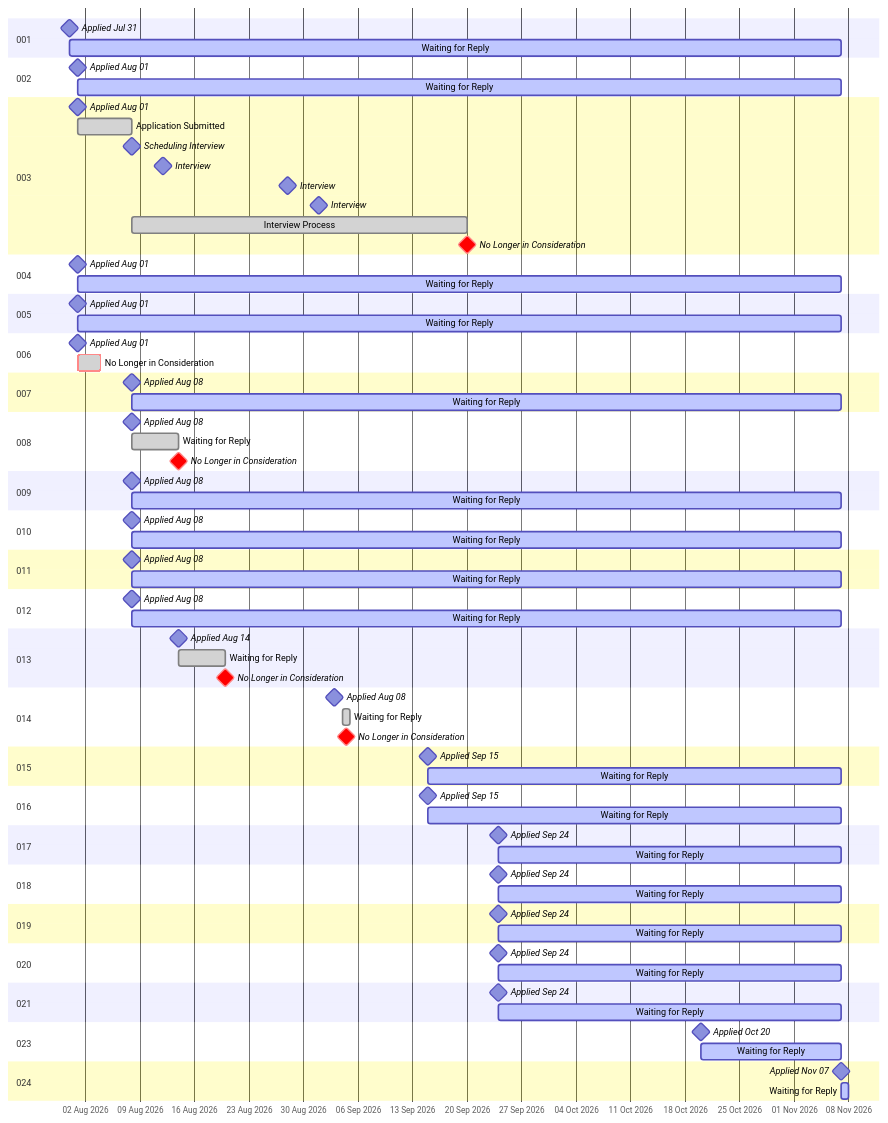
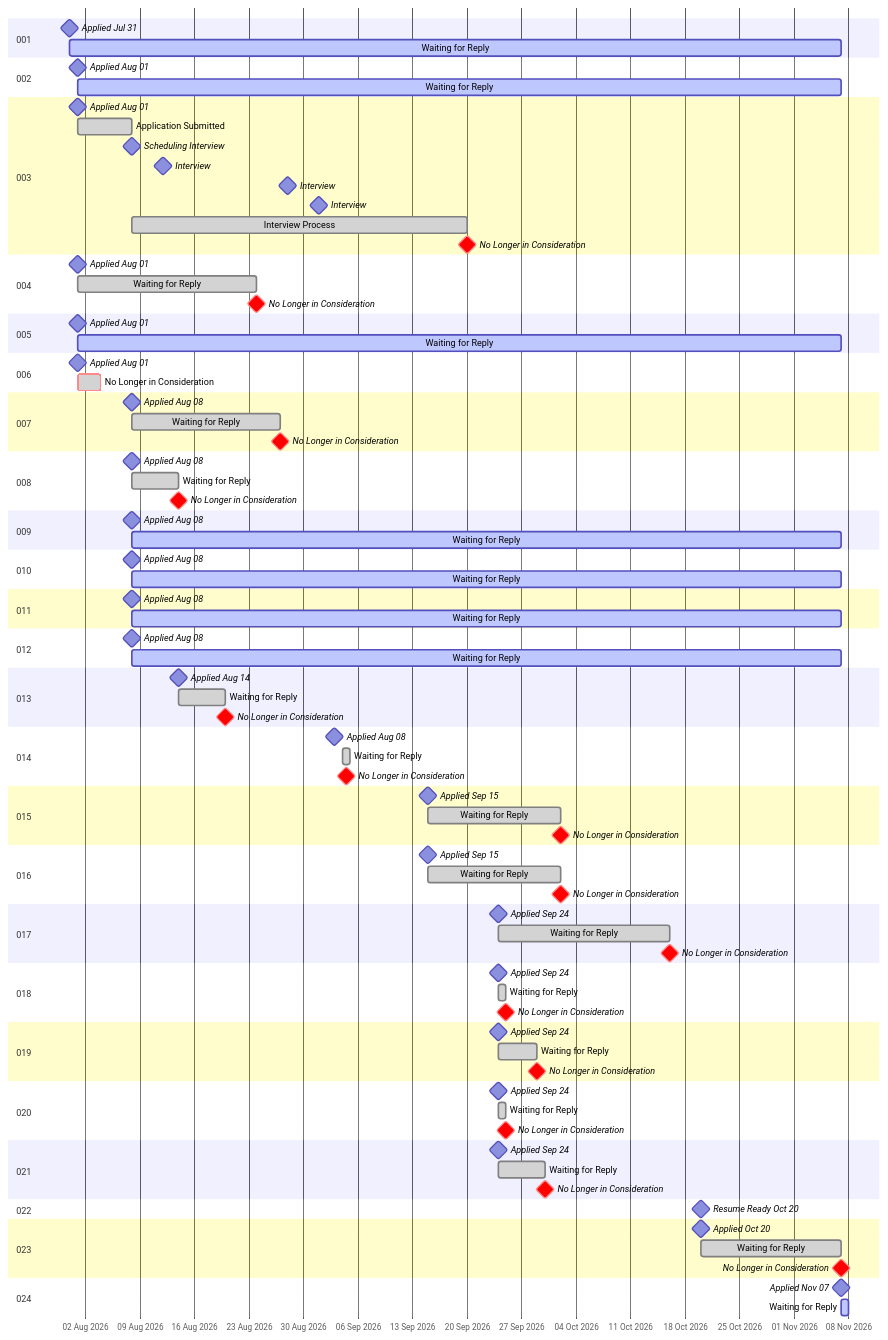
The diagram in README.md (RileyBeenders/rileybeenders.com), drawn with Mermaid before and after one commit. The commit also changed other lines of this file and 16 other files, not shown here.

```diff
--- a/README.md
+++ b/README.md
@@ -34,7 +34,8 @@
 
     section 004
     Applied Aug 01                  :milestone, 2026-08-01, 0d
-    Waiting for Reply               :active, 2026-08-01, 98d
+    Waiting for Reply               :done, 2026-08-01, 23d
+    No Longer in Consideration      :crit, milestone, 2026-08-24, 0d
 
     section 005
     Applied Aug 01                  :milestone, 2026-08-01, 0d
@@ -46,7 +47,8 @@
 
     section 007
     Applied Aug 08                  :milestone, 2026-08-08, 0d
-    Waiting for Reply               :active, 2026-08-08, 91d
+    Waiting for Reply               :done, 2026-08-08, 19d
+    No Longer in Consideration      :crit, milestone, 2026-08-27, 0d
 
     section 008
     Applied Aug 08                  :milestone, 2026-08-08, 0d
@@ -81,35 +83,46 @@
 
     section 015
     Applied Sep 15                  :milestone, 2026-09-15, 0d
-    Waiting for Reply               :active, 2026-09-15, 53d
+    Waiting for Reply               :done, 2026-09-15, 17d
+    No Longer in Consideration      :crit, milestone, 2026-10-02, 0d
 
     section 016
     Applied Sep 15                  :milestone, 2026-09-15, 0d
-    Waiting for Reply               :active, 2026-09-15, 53d
+    Waiting for Reply               :done, 2026-09-15, 17d
+    No Longer in Consideration      :crit, milestone, 2026-10-02, 0d
 
     section 017
     Applied Sep 24                  :milestone, 2026-09-24, 0d
-    Waiting for Reply               :active, 2026-09-24, 44d
+    Waiting for Reply               :done, 2026-09-24, 22d
+    No Longer in Consideration      :crit, milestone, 2026-10-16, 0d
 
     section 018
     Applied Sep 24                  :milestone, 2026-09-24, 0d
-    Waiting for Reply               :active, 2026-09-24, 44d
+    Waiting for Reply               :done, 2026-09-24, 1d
+    No Longer in Consideration      :crit, milestone, 2026-09-25, 0d
 
     section 019
     Applied Sep 24                  :milestone, 2026-09-24, 0d
-    Waiting for Reply               :active, 2026-09-24, 44d
+    Waiting for Reply               :done, 2026-09-24, 5d
+    No Longer in Consideration      :crit, milestone, 2026-09-29, 0d
 
     section 020
     Applied Sep 24                  :milestone, 2026-09-24, 0d
-    Waiting for Reply               :active, 2026-09-24, 44d
+    Waiting for Reply               :done, 2026-09-24, 1d
+    No Longer in Consideration      :crit, milestone, 2026-09-25, 0d
 
     section 021
     Applied Sep 24                  :milestone, 2026-09-24, 0d
-    Waiting for Reply               :active, 2026-09-24, 44d
+    Waiting for Reply               :done, 2026-09-24, 6d
+    No Longer in Consideration      :crit, milestone, 2026-09-30, 0d
+
+    section 022
+    Resume Ready Oct 20             :milestone, 2026-10-20, 0d
 
     section 023
     Applied Oct 20                  :milestone, 2026-10-20, 0d
-    Waiting for Reply               :active, 2026-10-20, 18d
+    Waiting for Reply               :done, 2026-10-20, 18d
+    No Longer in Consideration      :crit, milestone, 2026-11-07, 0d
 
     section 024
     Applied Nov 07                  :milestone, 2026-11-07, 0d
```
